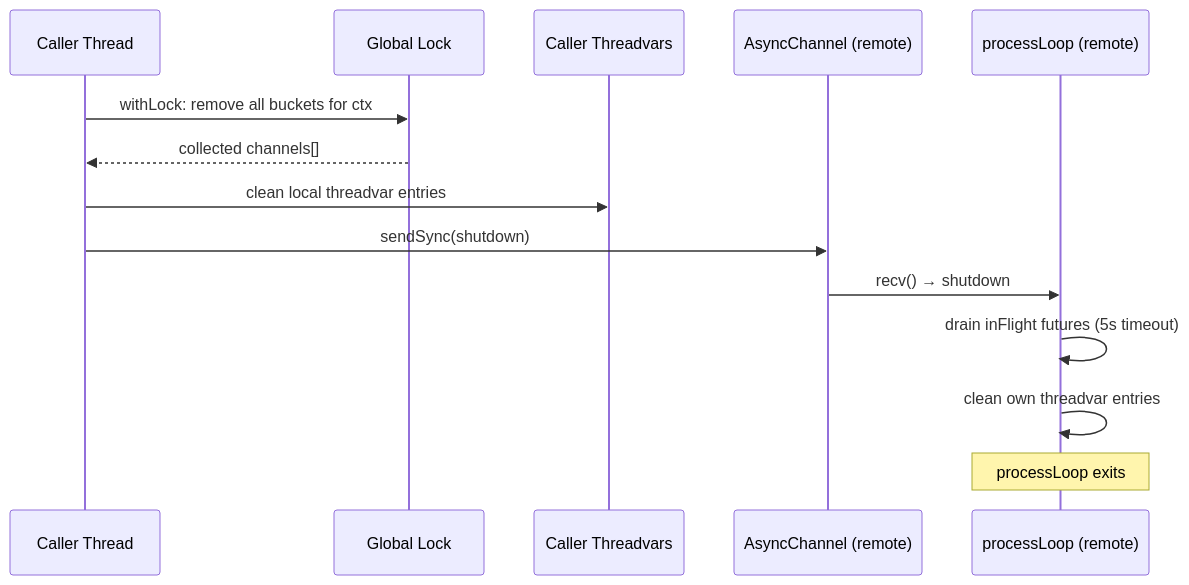
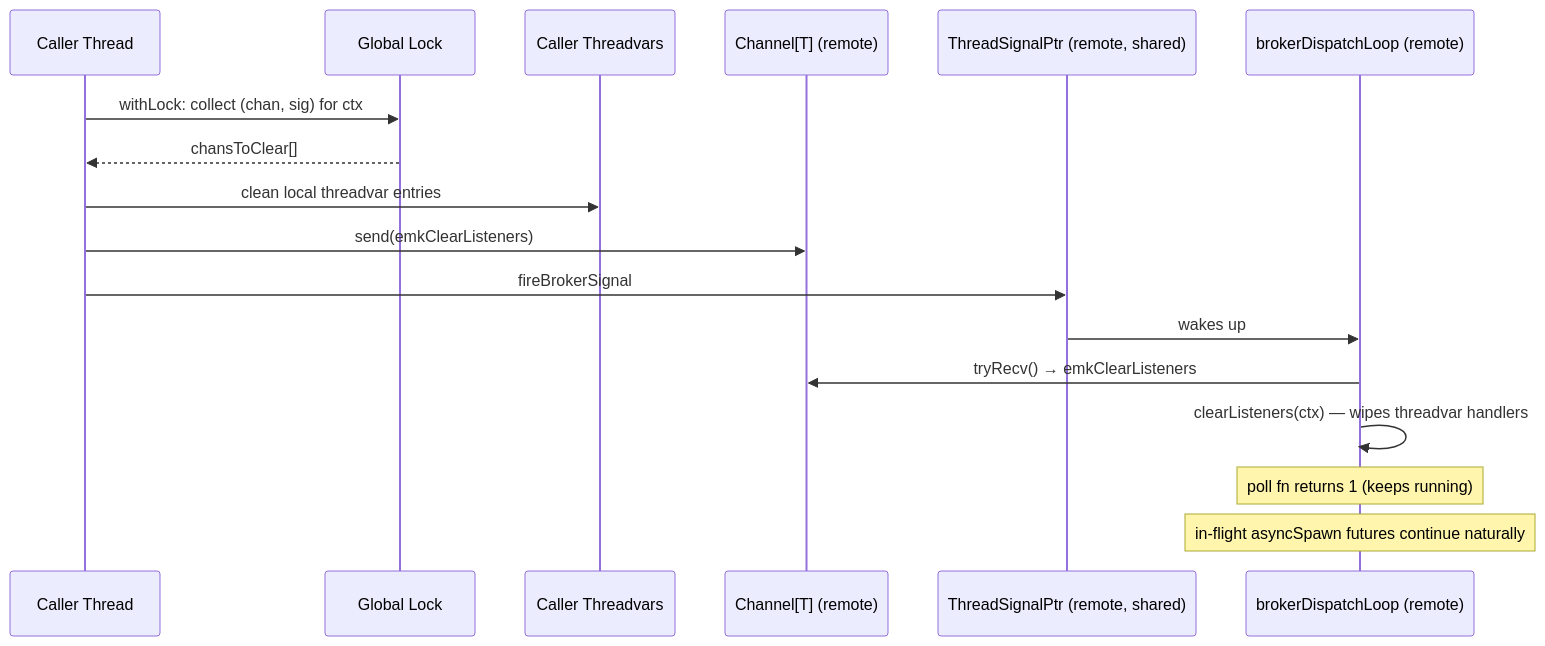
One commit to NagyZoltanPeter/nim-brokers changed the third of 3 diagrams in doc/MultiThread_EventBroker.md. Above: the diagram before and after it, drawn with Mermaid. The commit also changed other lines of this file and 4 other files, not shown here.

````diff
--- a/doc/MultiThread_EventBroker.md
+++ b/doc/MultiThread_EventBroker.md
@@ -217,18 +218,21 @@
 ```mermaid
 sequenceDiagram
     participant Caller as Caller Thread
     participant L as Global Lock
     participant TV as Caller Threadvars
-    participant C as AsyncChannel (remote)
-    participant P as processLoop (remote)
+    participant C as Channel[T] (remote)
+    participant S as ThreadSignalPtr (remote, shared)
+    participant DL as brokerDispatchLoop (remote)
 
-    Caller->>L: withLock: remove all buckets for ctx
-    L-->>Caller: collected channels[]
+    Caller->>L: withLock: collect (chan, sig) for ctx
+    L-->>Caller: chansToClear[]
     Caller->>TV: clean local threadvar entries
-    Caller->>C: sendSync(shutdown)
+    Caller->>C: send(emkClearListeners)
+    Caller->>S: fireBrokerSignal
 
-    C->>P: recv() → shutdown
-    P->>P: drain inFlight futures (5s timeout)
-    P->>P: clean own threadvar entries
-    Note over P: processLoop exits
+    S->>DL: wakes up
+    DL->>C: tryRecv() → emkClearListeners
+    DL->>DL: clearListeners(ctx) — wipes threadvar handlers
+    Note over DL: poll fn returns 1 (keeps running)
+    Note over DL: in-flight asyncSpawn futures continue naturally
 ```
````
